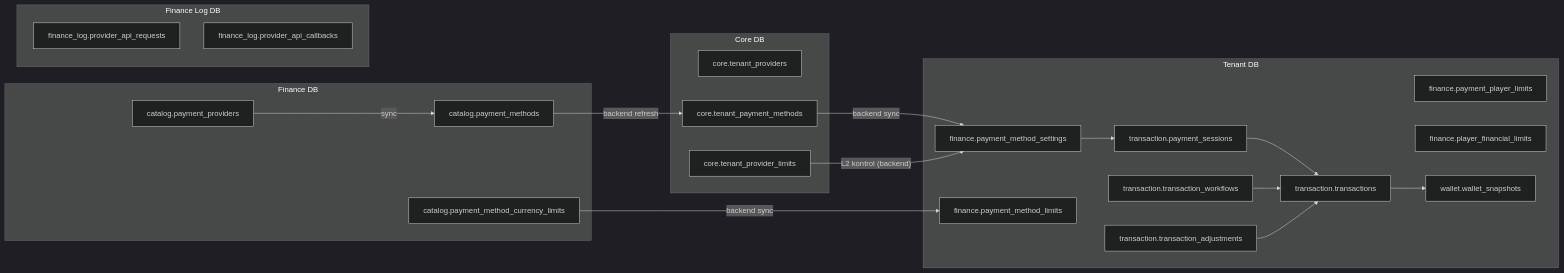
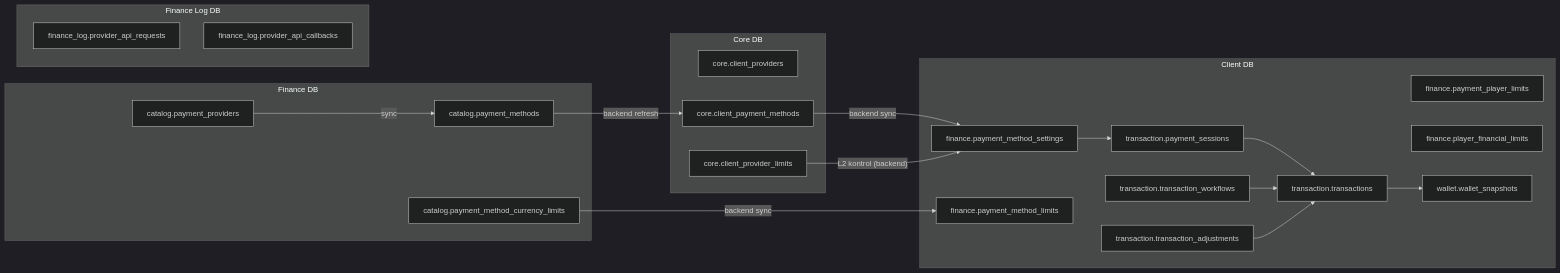
One commit to frhtshn/One.DB changed the first of 7 diagrams in .docs/guides/SPEC_FINANCE_GATEWAY.md. Above: the diagram before and after it, drawn with Mermaid (dark theme). The commit also changed other lines of this file and 442 other files, not shown here.

First line of the commit message:
Nucleo → Sortis One ve tenant → client içerik güncellemeleri

````diff
--- a/.docs/guides/SPEC_FINANCE_GATEWAY.md
+++ b/.docs/guides/SPEC_FINANCE_GATEWAY.md
@@ -48,42 +48,42 @@
 ```mermaid
 flowchart LR
     subgraph core["Core DB"]
-        TP["core.tenant_providers"]
-        TPM["core.tenant_payment_methods"]
-        TPL["core.tenant_provider_limits"]
+        TP["core.client_providers"]
+        TPM["core.client_payment_methods"]
+        TPL["core.client_provider_limits"]
     end
 
     subgraph finance["Finance DB"]
         PP["catalog.payment_providers"]
         PM["catalog.payment_methods"]
         PMCL["catalog.payment_method_currency_limits"]
     end
 
-    subgraph tenant["Tenant DB"]
+    subgraph client["Client DB"]
         PMS["finance.payment_method_settings"]
         PML["finance.payment_method_limits"]
         PPL["finance.payment_player_limits"]
         PFL["finance.player_financial_limits"]
         PS["transaction.payment_sessions"]
         TX["transaction.transactions"]
         WF["transaction.transaction_workflows"]
         ADJ["transaction.transaction_adjustments"]
         WS["wallet.wallet_snapshots"]
     end
 
     subgraph flog["Finance Log DB"]
         REQ["finance_log.provider_api_requests"]
         CB["finance_log.provider_api_callbacks"]
     end
 
     PP -->|"sync"| PM
     PM -->|"backend refresh"| TPM
     TPM -->|"backend sync"| PMS
     PMCL -->|"backend sync"| PML
     TPL -->|"L2 kontrol (backend)"| PMS
     PMS --> PS
     PS --> TX
     TX --> WS
     WF --> TX
     ADJ --> TX
 ```
````
